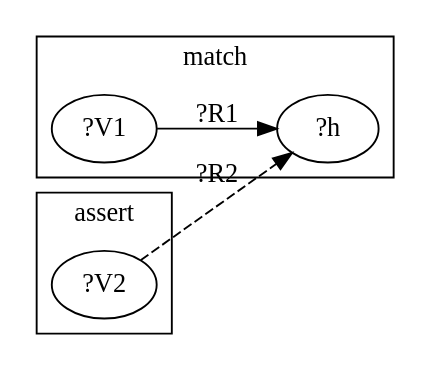
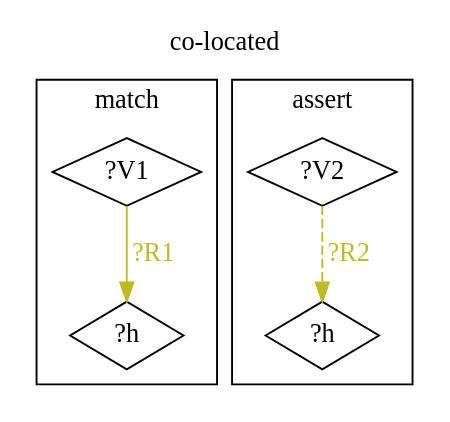
One commit to agutikov/ein changed the fourth of 6 diagrams in docs/ein/user/02-guide/03-rule-families.md. Above: the diagram before and after it, drawn with Graphviz. The commit also changed other lines of this file and 8 other files, not shown here.

````diff
--- a/docs/ein/user/02-guide/03-rule-families.md
+++ b/docs/ein/user/02-guide/03-rule-families.md
@@ -118,6 +137,16 @@
 ```dot
-digraph { rankdir=LR;
-  subgraph cluster_m { label="match";  "?V1" -> "?h" [label="?R1"]; }
-  subgraph cluster_a { label="assert"; "?V2" -> "?h" [label="?R2", style=dashed]; }
+digraph rule_co_located_lhs_rhs {
+  rankdir=TB;
+  label="co-located"; labelloc=t;
+  subgraph cluster_lhs { label="match";
+    "?V1_L" [label="?V1", shape=diamond];
+    "?h_L" [label="?h", shape=diamond];
+    "?V1_L" -> "?h_L" [label="?R1", color="#bcbd22", fontcolor="#bcbd22"];
+  }
+  subgraph cluster_rhs { label="assert";
+    "?V2_R" [label="?V2", shape=diamond];
+    "?h_R" [label="?h", shape=diamond];
+    "?V2_R" -> "?h_R" [label="?R2", color="#bcbd22", fontcolor="#bcbd22", style=dashed];
+  }
 }
 ```
````
